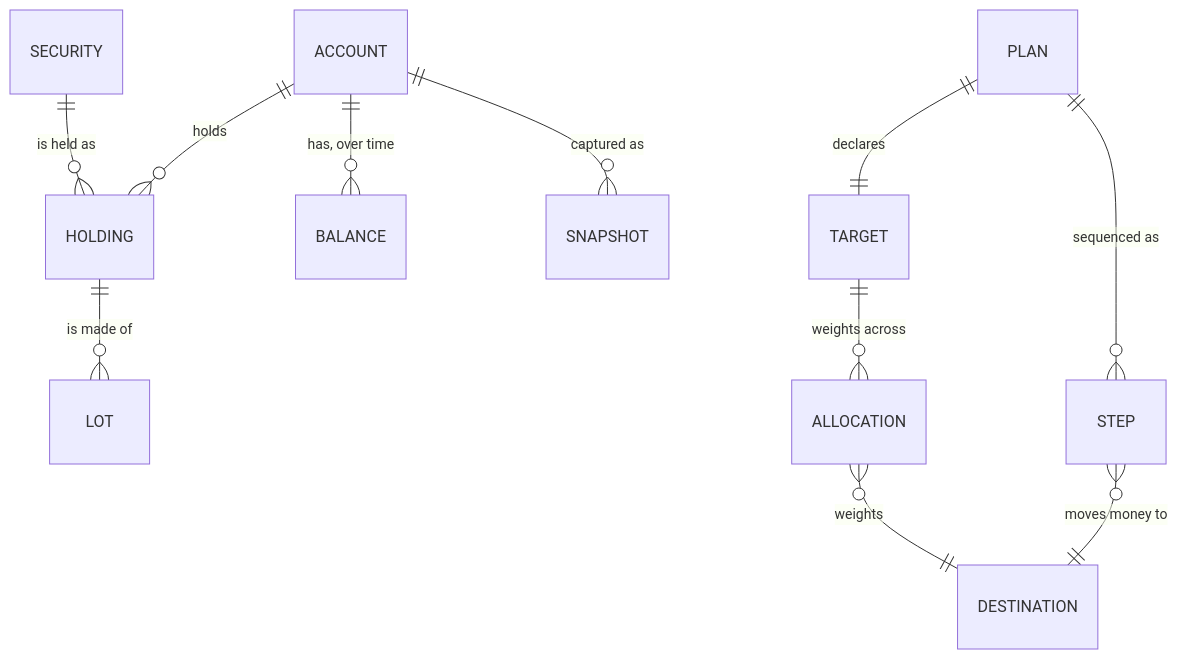
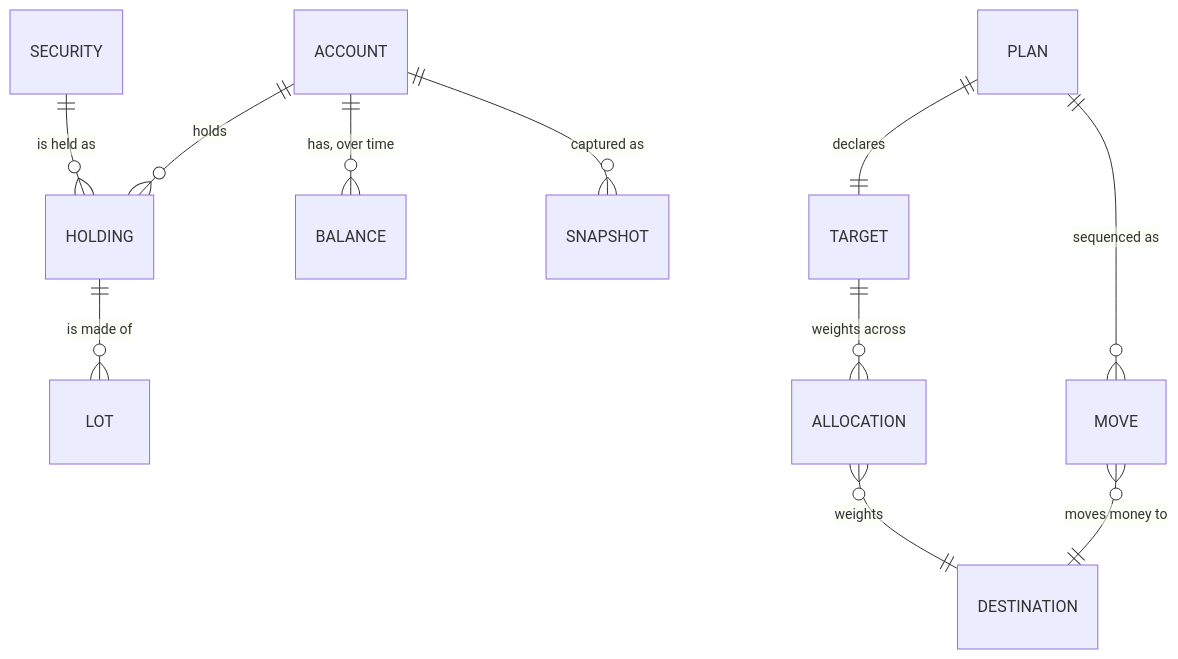
Before and after one commit to Heisler-Studio/foundry: the second of 2 diagrams in docs/design/evergreen-bbd-poc.md, drawn with Mermaid. The commit also changed other lines of this file and 10 other files, not shown here.

First line of the commit message:
Rename step to move

````diff
--- a/docs/design/evergreen-bbd-poc.md
+++ b/docs/design/evergreen-bbd-poc.md
@@ -91,14 +91,14 @@
 ```mermaid
 erDiagram
     ACCOUNT ||--o{ HOLDING : holds
     ACCOUNT ||--o{ BALANCE : "has, over time"
     ACCOUNT ||--o{ SNAPSHOT : "captured as"
     SECURITY ||--o{ HOLDING : "is held as"
     HOLDING ||--o{ LOT : "is made of"
 
     PLAN ||--|| TARGET : declares
-    PLAN ||--o{ STEP : "sequenced as"
+    PLAN ||--o{ MOVE : "sequenced as"
     TARGET ||--o{ ALLOCATION : "weights across"
-    STEP }o--|| DESTINATION : "moves money to"
+    MOVE }o--|| DESTINATION : "moves money to"
     ALLOCATION }o--|| DESTINATION : "weights"
 ```
````
